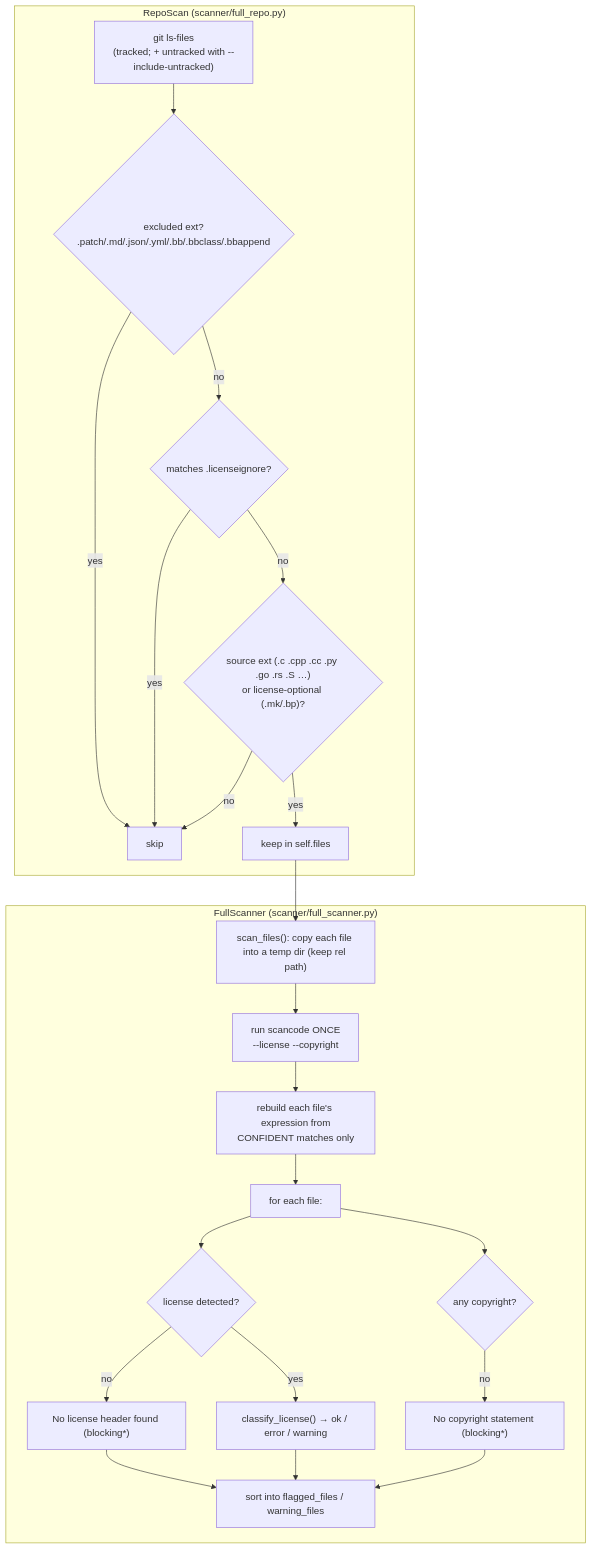
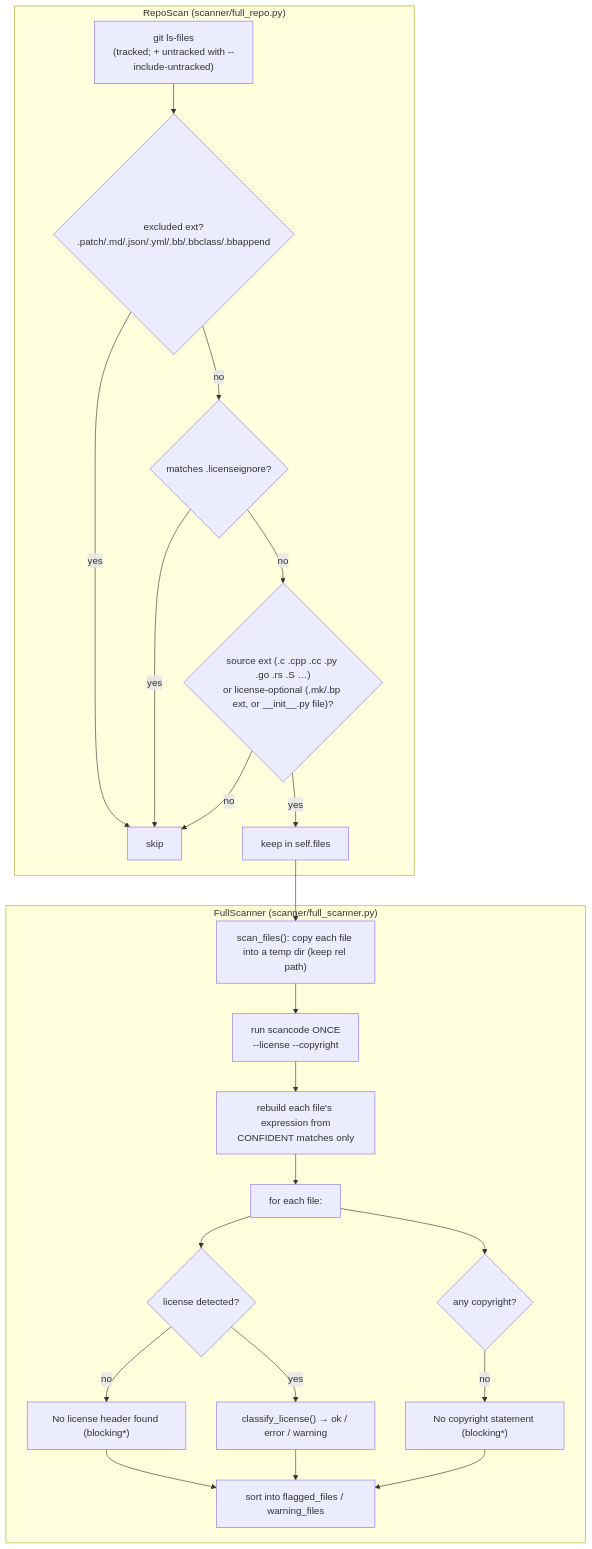
The third of 4 diagrams in full-scan/docs/architecture.md (sshedge71/copyright-license-checker-action), drawn with Mermaid before and after one commit. The commit also changed other lines of this file and 4 other files, not shown here.

First line of the commit message:
full-scan: add LICENSE_OPTIONAL_FILES for filename-based exemptions

````diff
--- a/full-scan/docs/architecture.md
+++ b/full-scan/docs/architecture.md
@@ -89,26 +89,26 @@
 ```mermaid
 flowchart TD
     subgraph RS["RepoScan (scanner/full_repo.py)"]
         A1["git ls-files<br/>(tracked; + untracked with --include-untracked)"] --> A2{"excluded ext?<br/>.patch/.md/.json/.yml/.bb/.bbclass/.bbappend"}
         A2 -->|yes| A3["skip"]
         A2 -->|no| A4{"matches .licenseignore?"}
         A4 -->|yes| A3
-        A4 -->|no| A5{"source ext (.c .cpp .cc .py .go .rs .S …)<br/>or license-optional (.mk/.bp)?"}
+        A4 -->|no| A5{"source ext (.c .cpp .cc .py .go .rs .S …)<br/>or license-optional (.mk/.bp ext, or __init__.py file)?"}
         A5 -->|no| A3
         A5 -->|yes| A6["keep in self.files"]
     end
 
     A6 --> B1
 
     subgraph FSN["FullScanner (scanner/full_scanner.py)"]
         B1["scan_files(): copy each file into a temp dir (keep rel path)"] --> B2["run scancode ONCE<br/>--license --copyright"]
         B2 --> B3["rebuild each file's expression from<br/>CONFIDENT matches only"]
         B3 --> B4["for each file:"]
         B4 --> C1{"license detected?"}
         C1 -->|no| C2["No license header found (blocking*)"]
         C1 -->|yes| C3["classify_license() → ok / error / warning"]
         B4 --> D1{"any copyright?"}
         D1 -->|no| D2["No copyright statement (blocking*)"]
         C2 & C3 & D2 --> E1["sort into flagged_files / warning_files"]
     end
 ```
````
